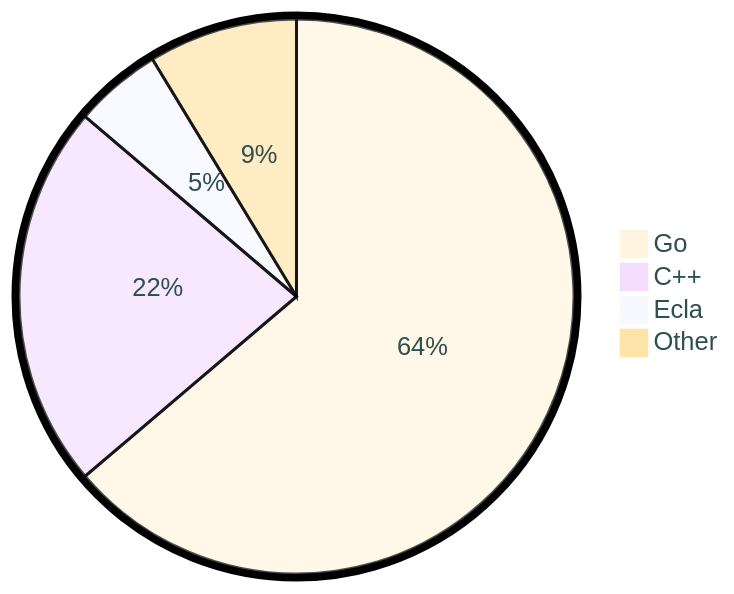
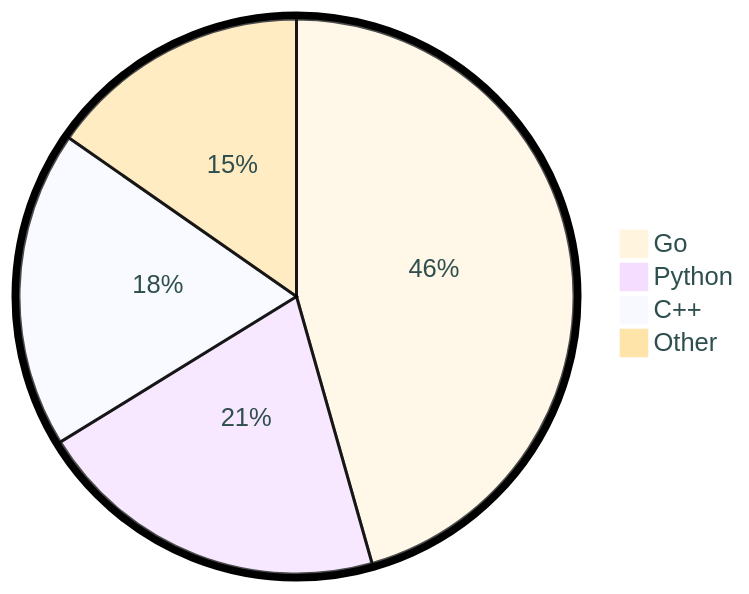
Before and after one commit to tot0p/tot0p: the diagram in README.md, drawn with Mermaid. The commit also changed other lines of this file, not shown here.

````diff
--- a/README.md
+++ b/README.md
@@ -88,8 +89,8 @@
 ```mermaid
 %%{init: {"pie": {"textPosition": 0.5}, "themeVariables": {"pieOuterStrokeWidth": "5px","primaryTextColor" : "#2F4F4F"},"theme":"base"} }%%
 pie
-	"Go": 63.78
-	"C++": 22.44
-	"Ecla": 5.09
-	"Other": 8.68
+	"Go": 45.61
+	"Python": 20.6
+	"C++": 18.48
+	"Other": 15.310000000000002
 ```
````
